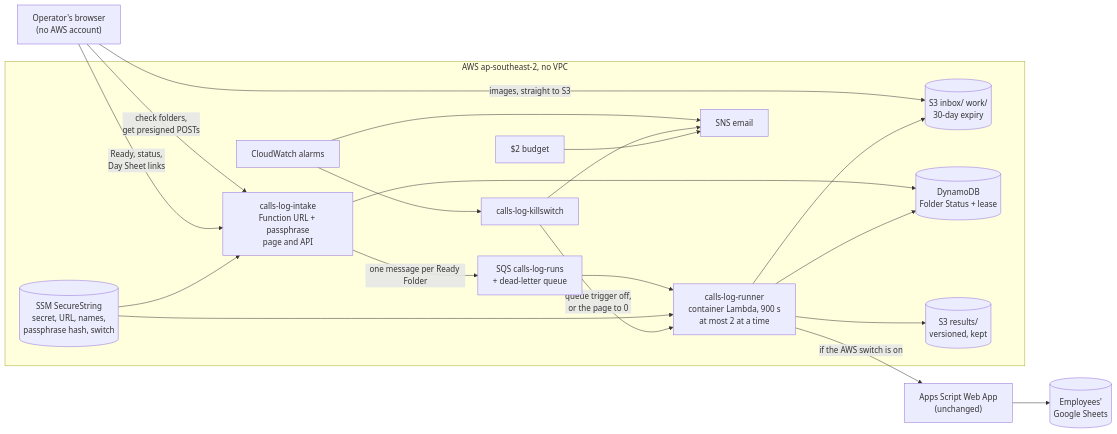
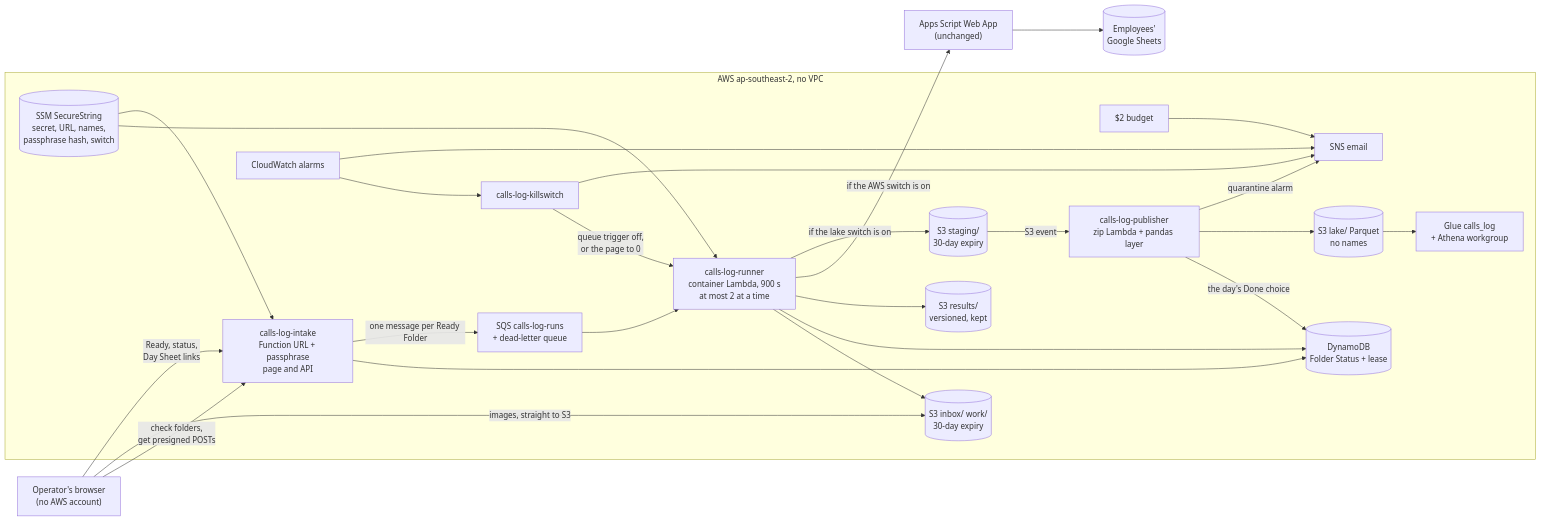
Before and after one commit to tannedjames/calls-log-aws: the diagram in docs/aws/architecture.md, drawn with Mermaid. The commit also changed other lines of this file and 6 other files, not shown here.

First line of the commit message:
docs: the data lake's Phase 2 (publisher, queries, quarantine, replay)

````diff
--- a/docs/aws/architecture.md
+++ b/docs/aws/architecture.md
@@ -10,35 +10,45 @@
 ```mermaid
 flowchart LR
     OP["Operator's browser<br/>(no AWS account)"]
     subgraph AWS["AWS ap-southeast-2, no VPC"]
         URL["calls-log-intake<br/>Function URL + passphrase<br/>page and API"]
         IN[("S3 inbox/ work/<br/>30-day expiry")]
         Q["SQS calls-log-runs<br/>+ dead-letter queue"]
         RUN["calls-log-runner<br/>container Lambda, 900 s<br/>at most 2 at a time"]
         DDB[("DynamoDB<br/>Folder Status + lease")]
         OUT[("S3 results/<br/>versioned, kept")]
         SSM[("SSM SecureString<br/>secret, URL, names,<br/>passphrase hash, switch")]
         ALARM["CloudWatch alarms"]
         KILL["calls-log-killswitch"]
         SNS["SNS email"]
         BUD["$2 budget"]
+        STG[("S3 staging/<br/>30-day expiry")]
+        PUB["calls-log-publisher<br/>zip Lambda + pandas layer"]
+        LAKE[("S3 lake/ Parquet<br/>no names")]
+        ATH["Glue calls_log<br/>+ Athena workgroup"]
     end
     WA["Apps Script Web App<br/>(unchanged)"] --> GS[("Employees'<br/>Google Sheets")]
     OP -->|"check folders,<br/>get presigned POSTs"| URL
     OP -->|"images, straight to S3"| IN
     OP -->|"Ready, status,<br/>Day Sheet links"| URL
     URL --> DDB
     URL -->|"one message per Ready Folder"| Q
     Q --> RUN
     RUN --> IN
     RUN --> DDB
     RUN --> OUT
     SSM --> RUN
     SSM --> URL
     RUN -->|"if the AWS switch is on"| WA
     ALARM --> KILL
     ALARM --> SNS
     KILL -->|"queue trigger off,<br/>or the page to 0"| RUN
     KILL --> SNS
     BUD --> SNS
+    RUN -->|"if the lake switch is on"| STG
+    STG -->|"S3 event"| PUB
+    PUB -->|"the day's Done choice"| DDB
+    PUB --> LAKE
+    LAKE --> ATH
+    PUB -->|"quarantine alarm"| SNS
 ```
````
